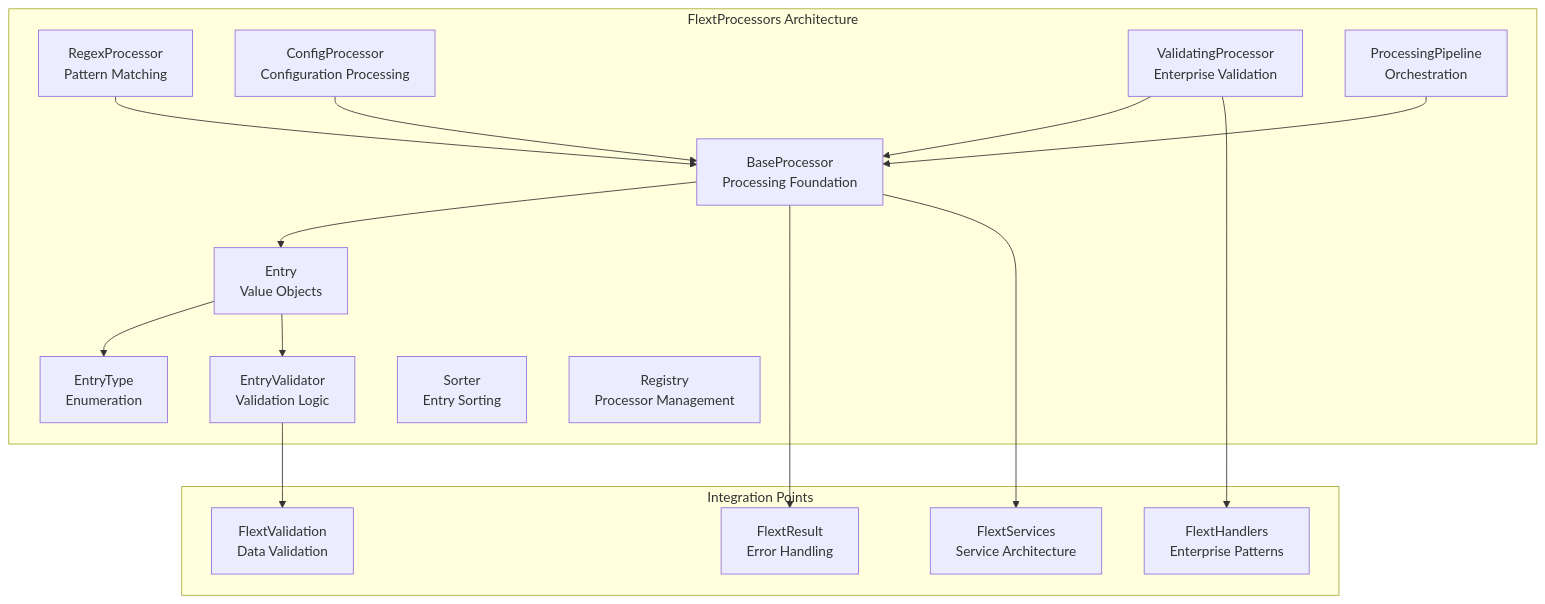
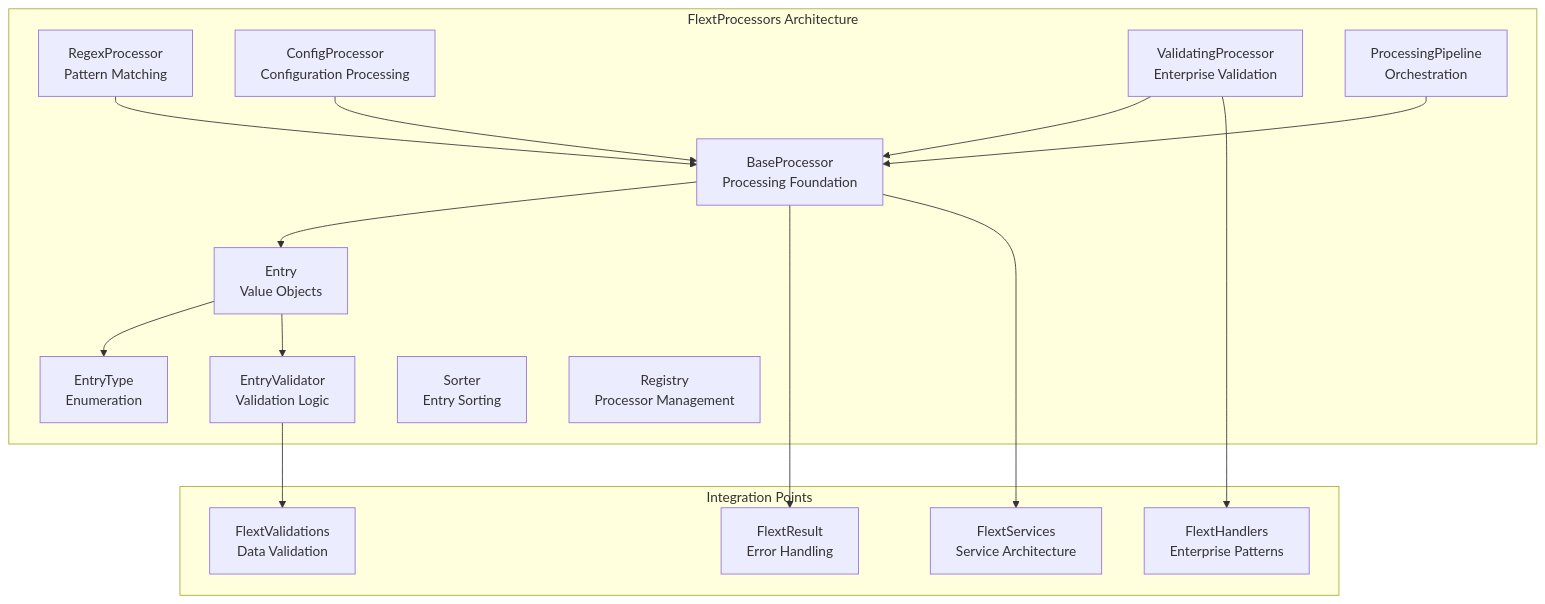
One commit to flext-sh/flext-core changed the diagram in docs/architecture/processors/README.md. Above: the diagram before and after it, drawn with Mermaid. The commit also changed other lines of this file and 100 other files, not shown here.

````diff
--- a/docs/architecture/processors/README.md
+++ b/docs/architecture/processors/README.md
@@ -50,37 +50,37 @@
 ```mermaid
 graph TB
     subgraph "FlextProcessors Architecture"
         Entry[Entry<br/>Value Objects]
         EntryType[EntryType<br/>Enumeration]
         Validator[EntryValidator<br/>Validation Logic]
         
         BaseProc[BaseProcessor<br/>Processing Foundation]
         RegexProc[RegexProcessor<br/>Pattern Matching]
         ConfigProc[ConfigProcessor<br/>Configuration Processing]
         ValidatingProc[ValidatingProcessor<br/>Enterprise Validation]
         
         Pipeline[ProcessingPipeline<br/>Orchestration]
         Sorter[Sorter<br/>Entry Sorting]
         Registry[Registry<br/>Processor Management]
     end
     
     subgraph "Integration Points"
         FlextResult[FlextResult<br/>Error Handling]
         FlextServices[FlextServices<br/>Service Architecture]
         FlextHandlers[FlextHandlers<br/>Enterprise Patterns]
-        FlextValidation[FlextValidation<br/>Data Validation]
+        FlextValidations[FlextValidations<br/>Data Validation]
     end
     
     Entry --> EntryType
     Entry --> Validator
     BaseProc --> Entry
     RegexProc --> BaseProc
     ConfigProc --> BaseProc
     ValidatingProc --> BaseProc
     Pipeline --> BaseProc
     
     BaseProc --> FlextResult
     ValidatingProc --> FlextHandlers
     BaseProc --> FlextServices
-    Validator --> FlextValidation
+    Validator --> FlextValidations
 ```
````
